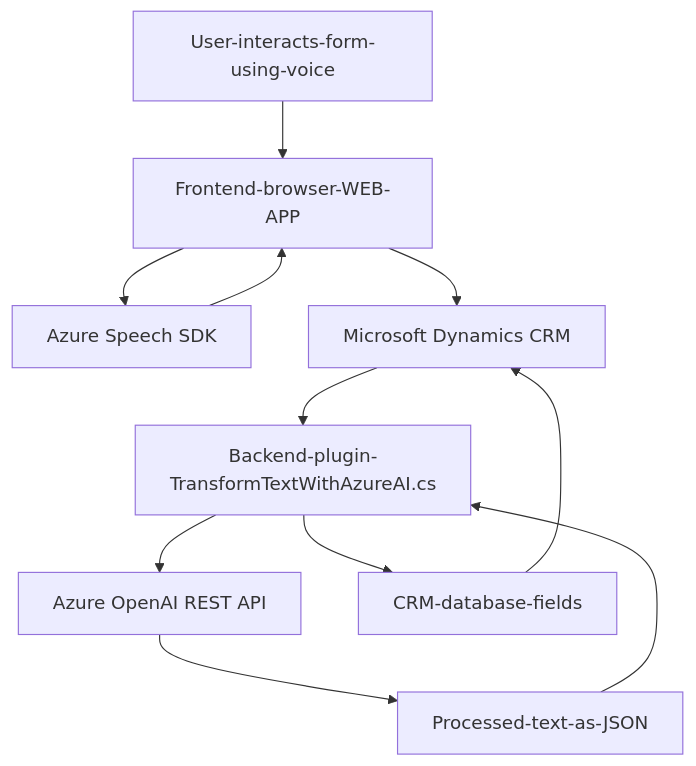
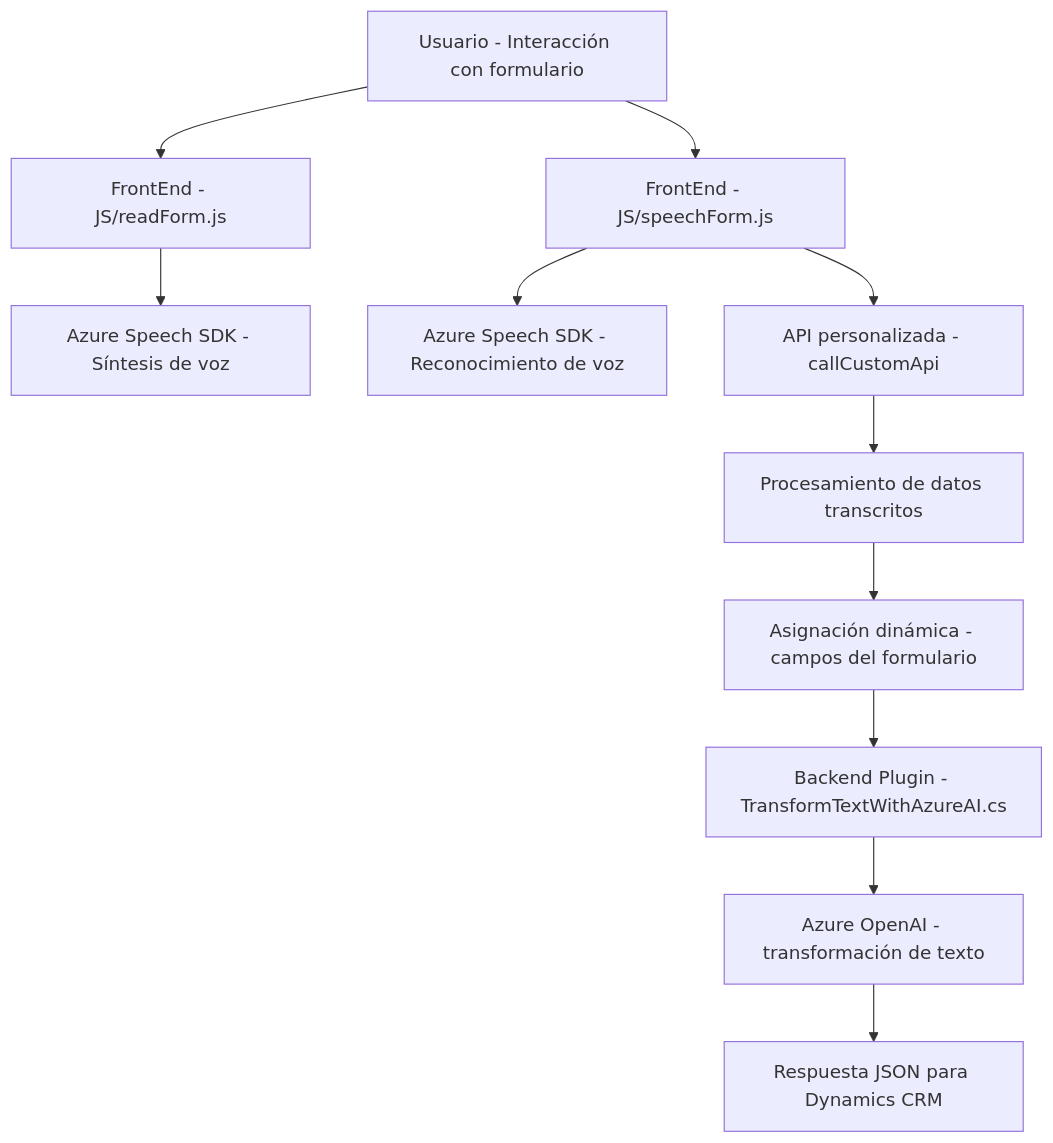
One commit to blopezdm/NETCORE_BILBAO2025 changed the diagram in README.md. Above: the diagram before and after it, drawn with Mermaid. The commit also changed other lines of this file, not shown here.

Commit message:
Actualizar análisis global de la solución con IA

````diff
--- a/README.md
+++ b/README.md
@@ -60,22 +45,13 @@
 ```mermaid
 graph TD
-    A["Frontend-browser-WEB-APP"]
-    B["Azure Speech SDK"]
-    C["Microsoft Dynamics CRM"]
-    D["User-interacts-form-using-voice"]
-    E["Backend-plugin-TransformTextWithAzureAI.cs"]
-    F["Azure OpenAI REST API"]
-    G["Processed-text-as-JSON"]
-    H["CRM-database-fields"]
-    
-    D --> A
-    A --> B
-    B --> A
-    A --> C
-    C --> E
-    E --> F
-    F --> G
-    G --> E
-    E --> H
-    H --> C
+    A["Usuario - Interacción con formulario"] --> B["FrontEnd - JS/readForm.js"]
+    A --> C["FrontEnd - JS/speechForm.js"]
+    B --> D["Azure Speech SDK - Síntesis de voz"]
+    C --> E["Azure Speech SDK - Reconocimiento de voz"]
+    C --> F["API personalizada - callCustomApi"]
+    F --> G["Procesamiento de datos transcritos"]
+    G --> H["Asignación dinámica - campos del formulario"]
+    H --> I["Backend Plugin - TransformTextWithAzureAI.cs"]
+    I --> J["Azure OpenAI - transformación de texto"]
+    J --> K["Respuesta JSON para Dynamics CRM"]
 ```
````
